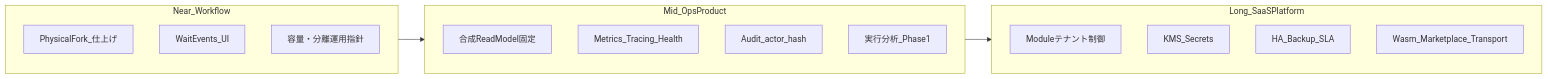
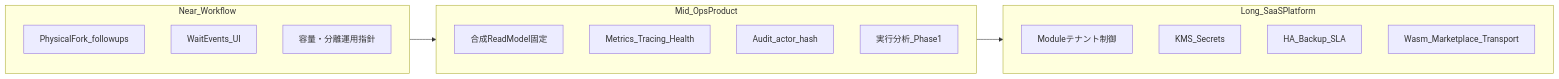
Before and after one commit to MichiharuShiba/statevia: the diagram in docs/future/product-roadmap.md, drawn with Mermaid. The commit also changed other lines of this file and 8 other files, not shown here.

````diff
--- a/docs/future/product-roadmap.md
+++ b/docs/future/product-roadmap.md
@@ -45,21 +45,21 @@
 ```mermaid
 flowchart LR
   subgraph near [Near_Workflow]
-    PhysFork[PhysicalFork_仕上げ]
+    PhysFork[PhysicalFork_followups]
     WaitUI[WaitEvents_UI]
     CapDocs[容量・分離運用指針]
   end
   subgraph mid [Mid_OpsProduct]
     Materialize[合成ReadModel固定]
     Observ[Metrics_Tracing_Health]
     AuditFill[Audit_actor_hash]
     Analytics[実行分析_Phase1]
   end
   subgraph long [Long_SaaSPlatform]
     SaaSCtl[Moduleテナント制御]
     Secrets[KMS_Secrets]
     HA[HA_Backup_SLA]
     Ext[Wasm_Marketplace_Transport]
   end
   near --> mid --> long
 ```
````
